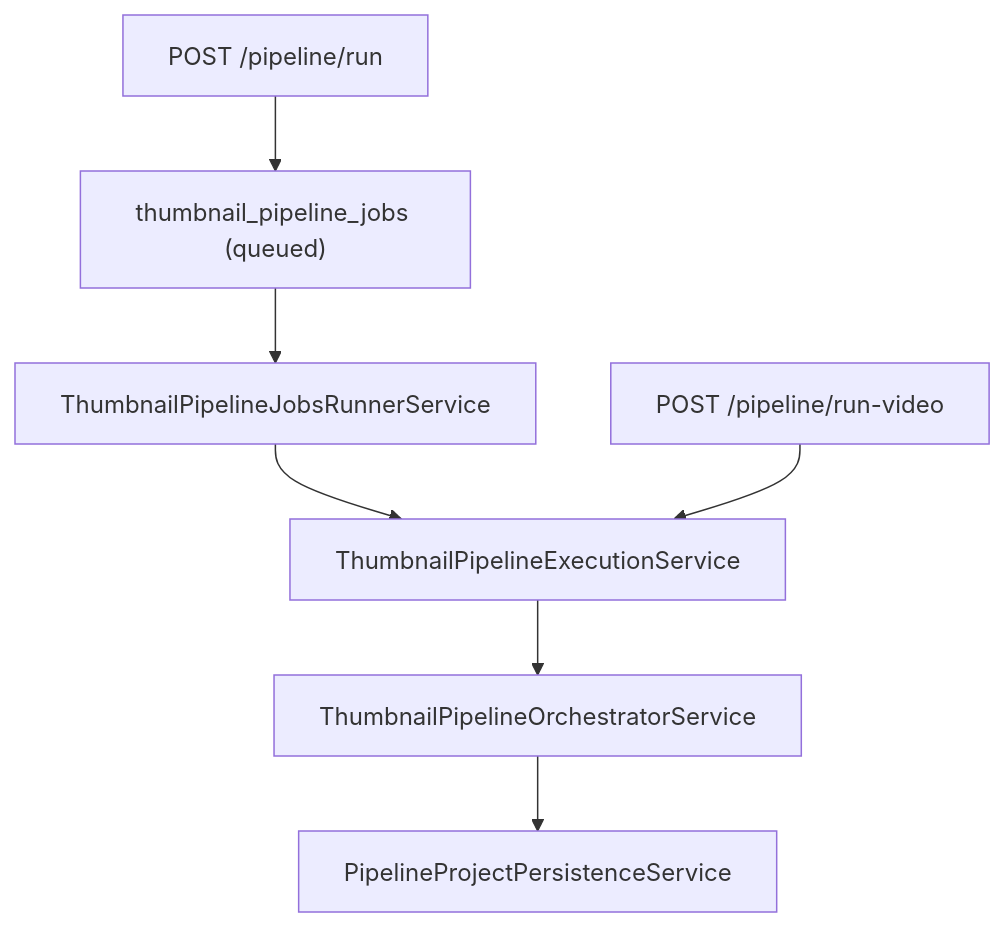
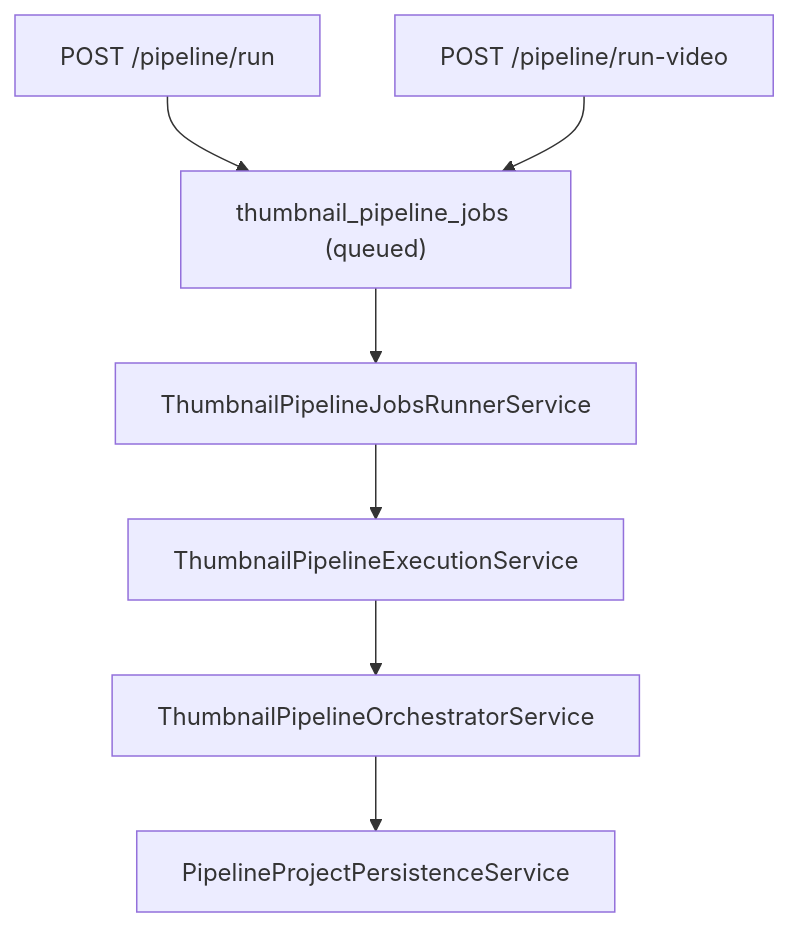
One commit to IlyaSenkevich19/viralthumbnails changed the diagram in apps/backend/src/modules/thumbnail-pipeline/README.md. Above: the diagram before and after it, drawn with Mermaid. The commit also changed other lines of this file and 12 other files, not shown here.

First line of the commit message:
feat(pipeline): async run-video, job retries, and docs sync

````diff
--- a/apps/backend/src/modules/thumbnail-pipeline/README.md
+++ b/apps/backend/src/modules/thumbnail-pipeline/README.md
@@ -20,9 +20,9 @@
 ```mermaid
 flowchart TD
   runEndpoint["POST /pipeline/run"] --> enqueueJob["thumbnail_pipeline_jobs (queued)"]
   enqueueJob --> runner["ThumbnailPipelineJobsRunnerService"]
   runner --> execution["ThumbnailPipelineExecutionService"]
-  runVideoEndpoint["POST /pipeline/run-video"] --> execution
+  runVideoEndpoint["POST /pipeline/run-video"] --> enqueueJob
   execution --> orchestrator["ThumbnailPipelineOrchestratorService"]
   orchestrator --> persistence["PipelineProjectPersistenceService"]
 ```
````
